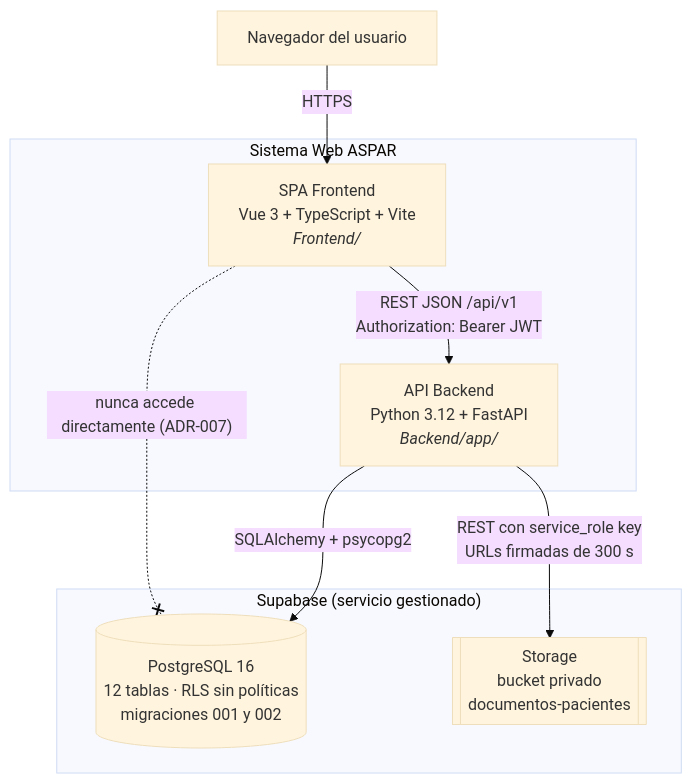
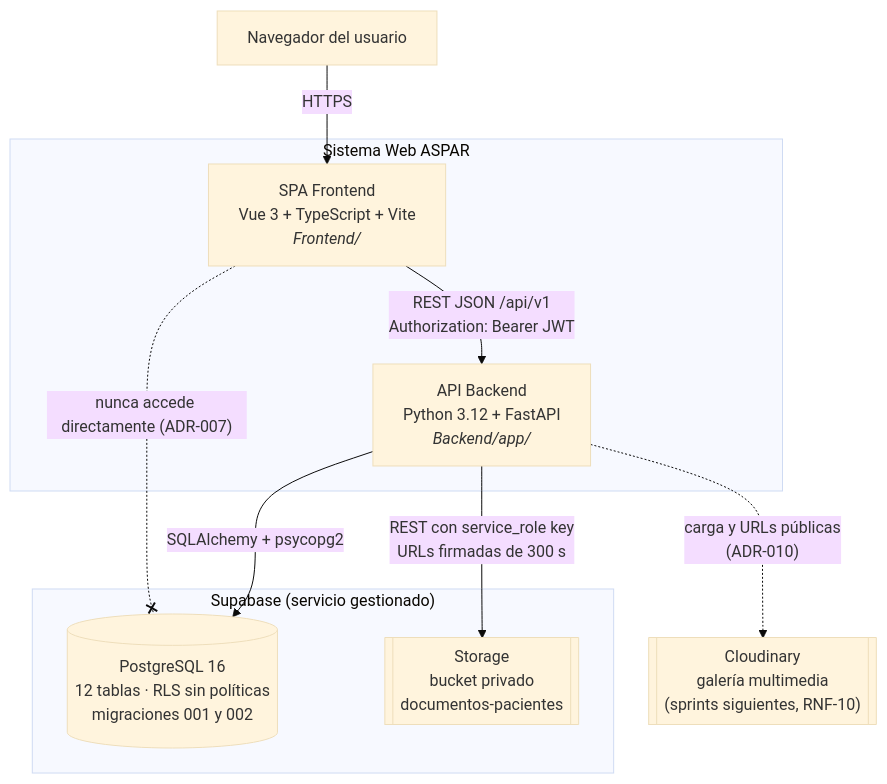
One commit to Joserppz/soluna-solutions changed the second of 4 diagrams in docs/arquitectura/C4_Y_MODELO_ER_ACTUALIZADO.md. Above: the diagram before and after it, drawn with Mermaid (base theme). The commit also changed other lines of this file and 2 other files, not shown here.

First line of the commit message:
docs(SCRUM-64/SCRUM-106): separar el almacenamiento de documentos y de multimedia en el C4

````diff
--- a/docs/arquitectura/C4_Y_MODELO_ER_ACTUALIZADO.md
+++ b/docs/arquitectura/C4_Y_MODELO_ER_ACTUALIZADO.md
@@ -34,20 +36,23 @@
 ```mermaid
 flowchart TB
     usuario["Navegador del usuario"]
 
     subgraph aspar["Sistema Web ASPAR"]
         spa["SPA Frontend<br/>Vue 3 + TypeScript + Vite<br/><i>Frontend/</i>"]
         api["API Backend<br/>Python 3.12 + FastAPI<br/><i>Backend/app/</i>"]
     end
 
     subgraph supabase["Supabase (servicio gestionado)"]
         db[("PostgreSQL 16<br/>12 tablas · RLS sin políticas<br/>migraciones 001 y 002")]
         bucket[["Storage<br/>bucket privado<br/>documentos-pacientes"]]
     end
 
+    cloudinary[["Cloudinary<br/>galería multimedia<br/>(sprints siguientes, RNF-10)"]]
+
     usuario -- "HTTPS" --> spa
     spa -- "REST JSON /api/v1<br/>Authorization: Bearer JWT" --> api
     api -- "SQLAlchemy + psycopg2" --> db
     api -- "REST con service_role key<br/>URLs firmadas de 300 s" --> bucket
     spa -. "nunca accede directamente (ADR-007)" .-x db
+    api -. "carga y URLs públicas<br/>(ADR-010)" .-> cloudinary
 ```
````
